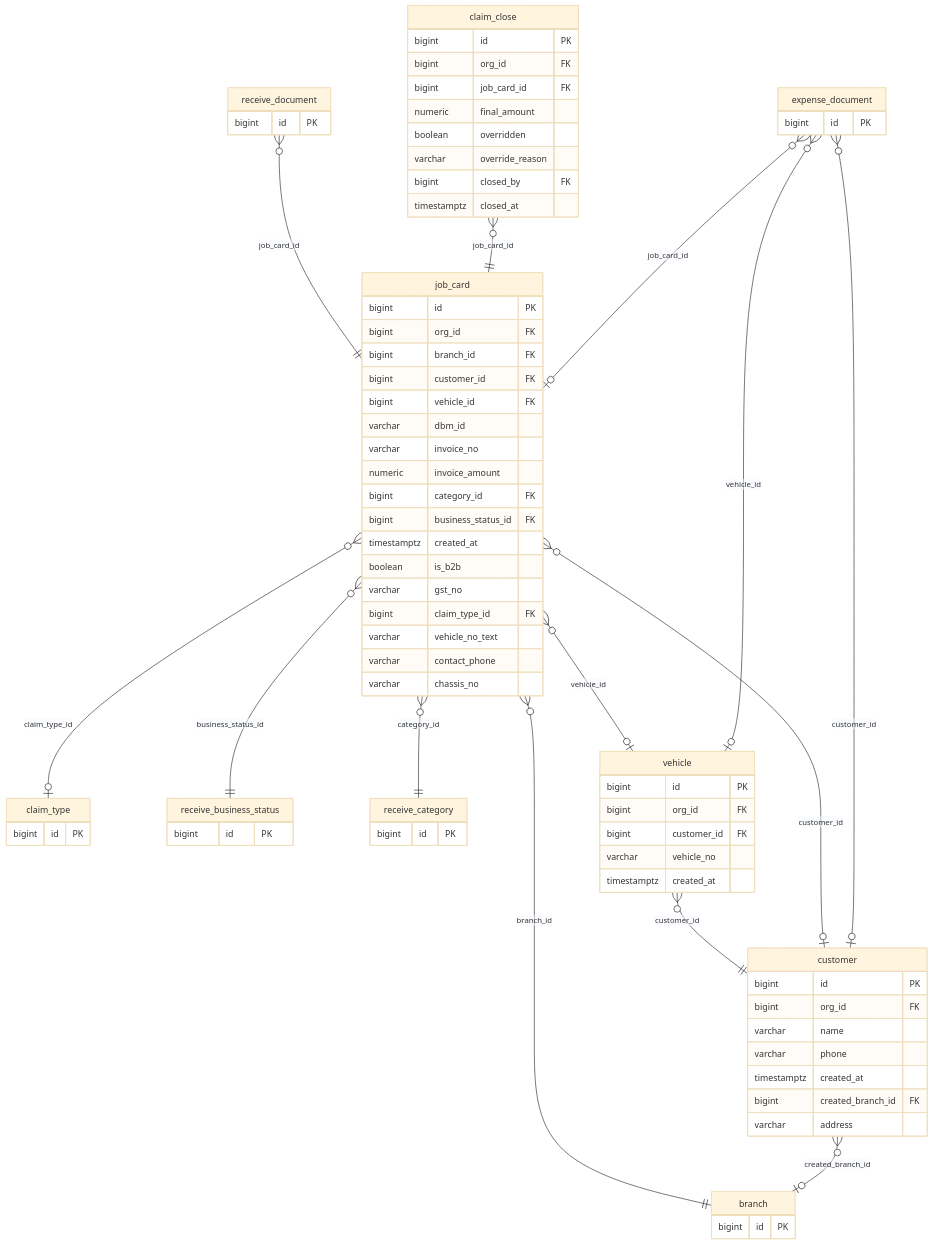
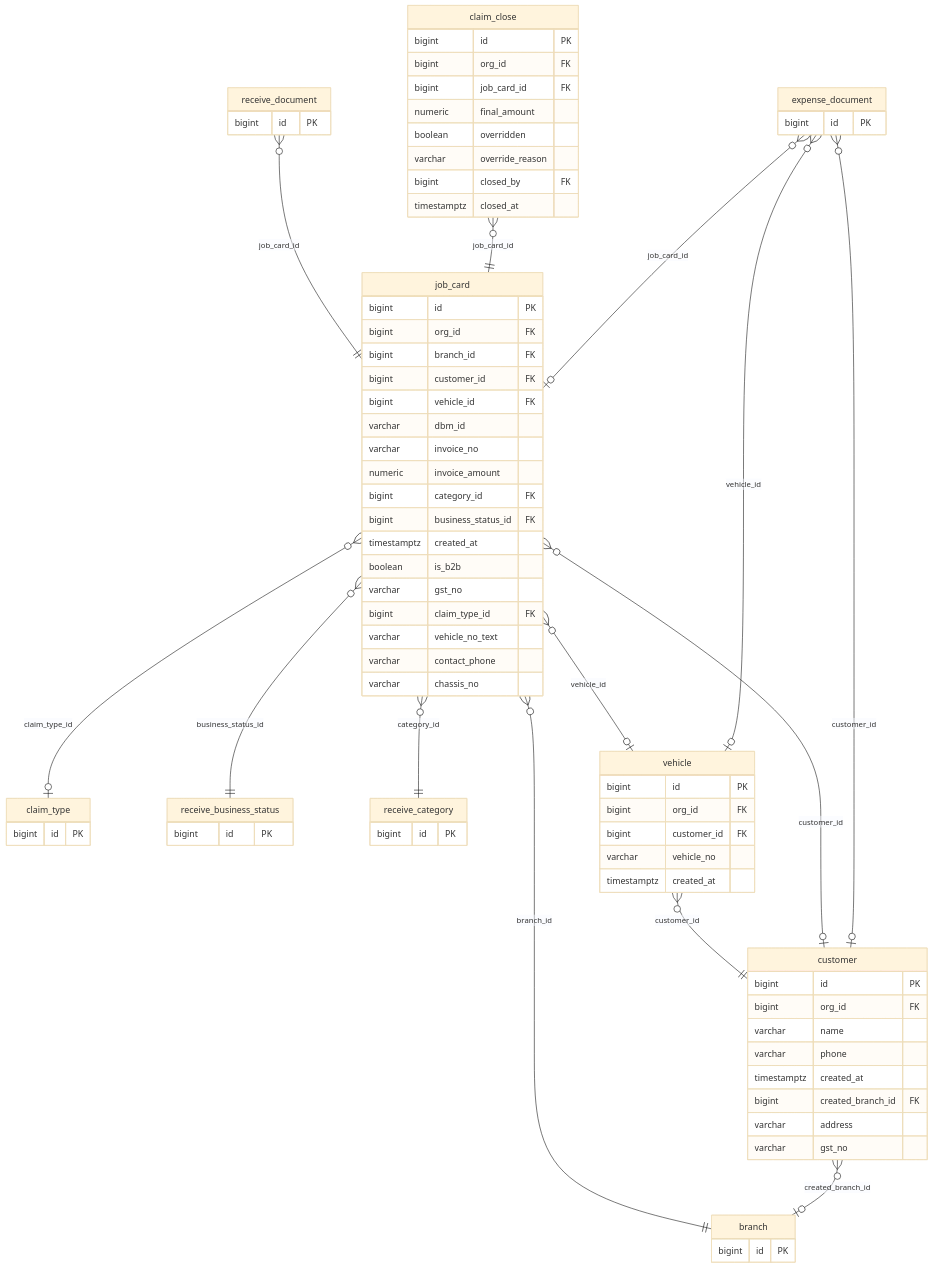
One commit to jagdish-ai-hub/DAMS-project changed the fourth of 8 diagrams in DATABASE.md. Above: the diagram before and after it, drawn with Mermaid (base theme). The commit also changed other lines of this file and 25 other files, not shown here.

````diff
--- a/DATABASE.md
+++ b/DATABASE.md
@@ -375,79 +376,80 @@
 ```mermaid
 erDiagram
   branch {
     bigint id PK
   }
   claim_close {
     bigint id PK
     bigint org_id FK
     bigint job_card_id FK
     numeric final_amount
     boolean overridden
     varchar override_reason
     bigint closed_by FK
     timestamptz closed_at
   }
   claim_type {
     bigint id PK
   }
   customer {
     bigint id PK
     bigint org_id FK
     varchar name
     varchar phone
     timestamptz created_at
     bigint created_branch_id FK
     varchar address
+    varchar gst_no
   }
   expense_document {
     bigint id PK
   }
   job_card {
     bigint id PK
     bigint org_id FK
     bigint branch_id FK
     bigint customer_id FK
     bigint vehicle_id FK
     varchar dbm_id
     varchar invoice_no
     numeric invoice_amount
     bigint category_id FK
     bigint business_status_id FK
     timestamptz created_at
     boolean is_b2b
     varchar gst_no
     bigint claim_type_id FK
     varchar vehicle_no_text
     varchar contact_phone
     varchar chassis_no
   }
   receive_business_status {
     bigint id PK
   }
   receive_category {
     bigint id PK
   }
   receive_document {
     bigint id PK
   }
   vehicle {
     bigint id PK
     bigint org_id FK
     bigint customer_id FK
     varchar vehicle_no
     timestamptz created_at
   }
   vehicle }o--|| customer : "customer_id"
   job_card }o--|| branch : "branch_id"
   job_card }o--o| customer : "customer_id"
   job_card }o--o| vehicle : "vehicle_id"
   job_card }o--|| receive_category : "category_id"
   job_card }o--|| receive_business_status : "business_status_id"
   receive_document }o--|| job_card : "job_card_id"
   claim_close }o--|| job_card : "job_card_id"
   expense_document }o--o| job_card : "job_card_id"
   job_card }o--o| claim_type : "claim_type_id"
   expense_document }o--o| customer : "customer_id"
   expense_document }o--o| vehicle : "vehicle_id"
   customer }o--o| branch : "created_branch_id"
 ```
````
